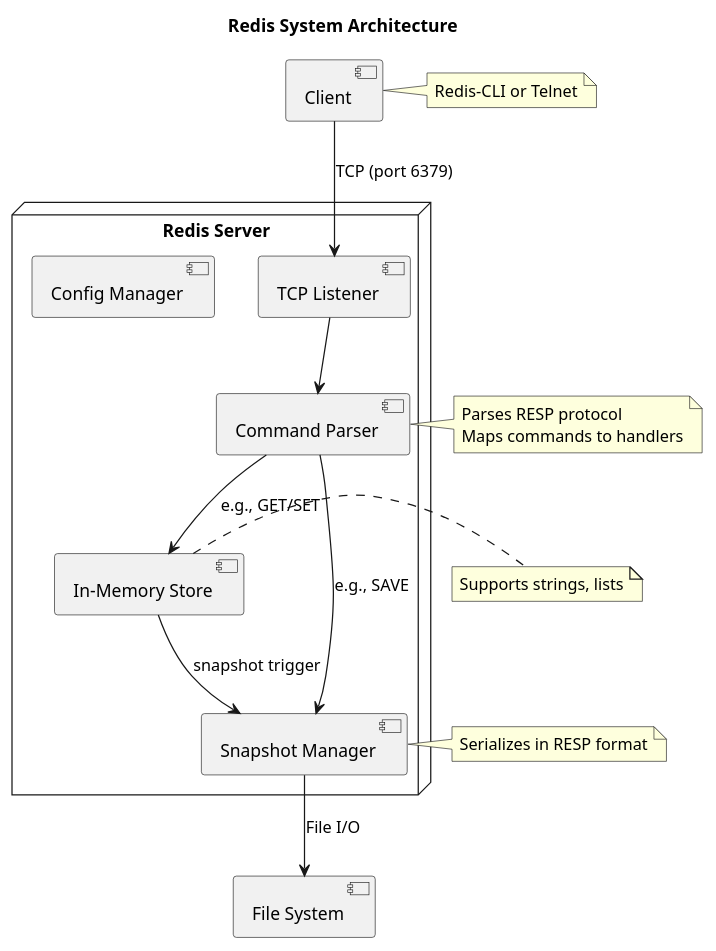
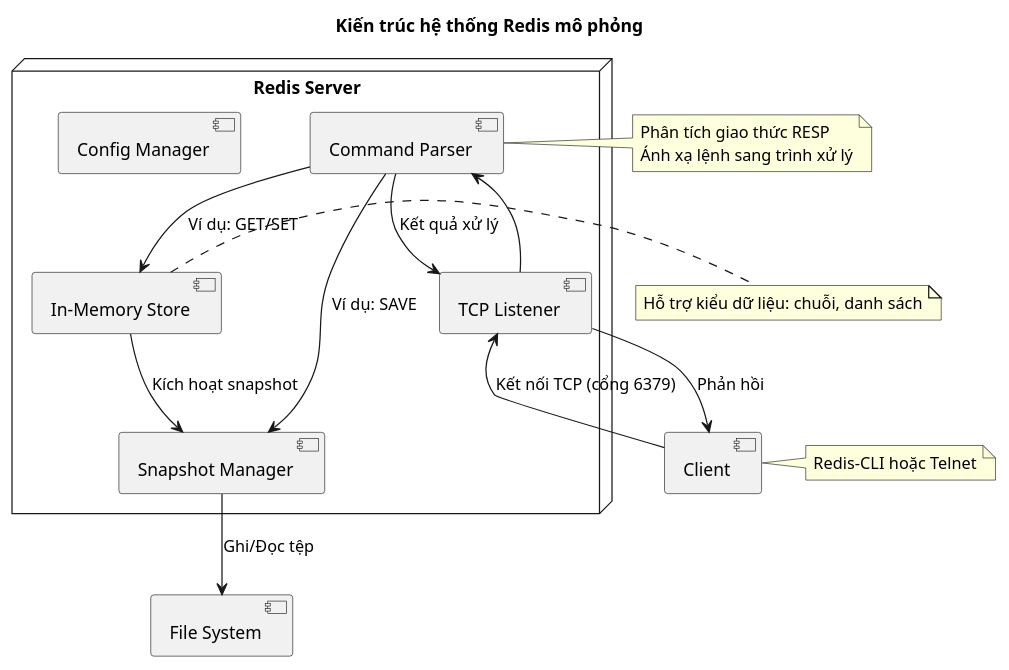
Before and after one commit to sleepyviper1213/redis: the diagram in docs/analysis/diagrams/components.puml, drawn with PlantUML. The commit also changed 70 other files, not shown here.

```diff
--- a/docs/analysis/diagrams/components.puml
+++ b/docs/analysis/diagrams/components.puml
@@ -1,37 +1,39 @@
 @startuml
-title Redis System Architecture
+title Kiến trúc hệ thống Redis mô phỏng
 
 node "Redis Server" {
     [TCP Listener]
     [Command Parser]
     [Config Manager]
     [Snapshot Manager]
     [In-Memory Store]
 }
 
-[Client] --> [TCP Listener] : TCP (port 6379)
+[Client] --> [TCP Listener] : Kết nối TCP (cổng 6379)
 [TCP Listener] --> [Command Parser]
-[Command Parser] --> [In-Memory Store] : e.g., GET/SET
-[Command Parser] --> [Snapshot Manager] : e.g., SAVE
-[In-Memory Store] --> [Snapshot Manager] : snapshot trigger
-[Snapshot Manager] --> [File System] : File I/O
+[Command Parser] --> [In-Memory Store] : Ví dụ: GET/SET
+[Command Parser] --> [Snapshot Manager] : Ví dụ: SAVE
+[In-Memory Store] --> [Snapshot Manager] : Kích hoạt snapshot
+[Snapshot Manager] --> [File System] : Ghi/Đọc tệp
+
+' Trả kết quả về client
+[Command Parser] --> [TCP Listener] : Kết quả xử lý
+[TCP Listener] --> [Client] : Phản hồi
 
 ' Notes
 note right of [Client]
-Redis-CLI or Telnet
+Redis-CLI hoặc Telnet
 end note
 
 note right of [Command Parser]
-Parses RESP protocol
-Maps commands to handlers
+Phân tích giao thức RESP
+Ánh xạ lệnh sang trình xử lý
 end note
 
 note right of [In-Memory Store]
-Supports strings, lists
+Hỗ trợ kiểu dữ liệu: chuỗi, danh sách
 end note
 
-note right of [Snapshot Manager]
-Serializes in RESP format
-end note
+
 
 @enduml
```
